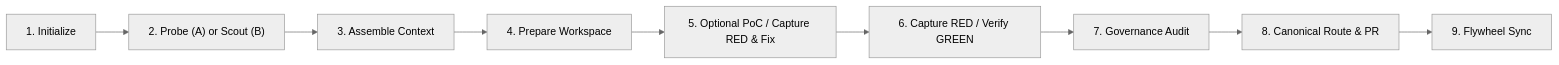
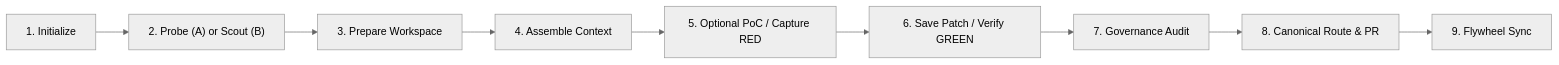
One commit to MeiSiristhebest/opencontrib changed the diagram in skills/opencontrib-cli/SKILL.md. Above: the diagram before and after it, drawn with Mermaid (neutral theme). The commit also changed other lines of this file and 13 other files, not shown here.

````diff
--- a/skills/opencontrib-cli/SKILL.md
+++ b/skills/opencontrib-cli/SKILL.md
@@ -25,11 +25,11 @@
 ```mermaid
 graph LR
     P1["1. Initialize"] --> P2["2. Probe (A) or Scout (B)"]
-    P2 --> P3["3. Assemble Context"]
-    P3 --> P4["4. Prepare Workspace"]
-    P4 --> P5["5. Optional PoC / Capture RED & Fix"]
-    P5 --> P6["6. Capture RED / Verify GREEN"]
+    P2 --> P3["3. Prepare Workspace"]
+    P3 --> P4["4. Assemble Context"]
+    P4 --> P5["5. Optional PoC / Capture RED"]
+    P5 --> P6["6. Save Patch / Verify GREEN"]
     P6 --> P7["7. Governance Audit"]
     P7 --> P8["8. Canonical Route & PR"]
     P8 --> P9["9. Flywheel Sync"]
 ```
````
